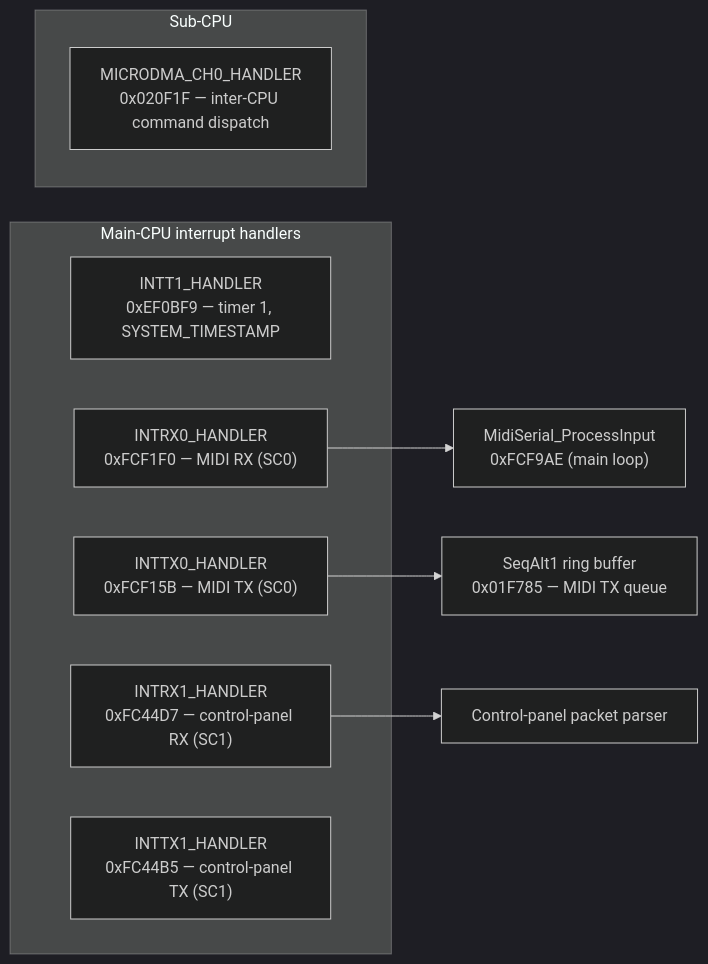
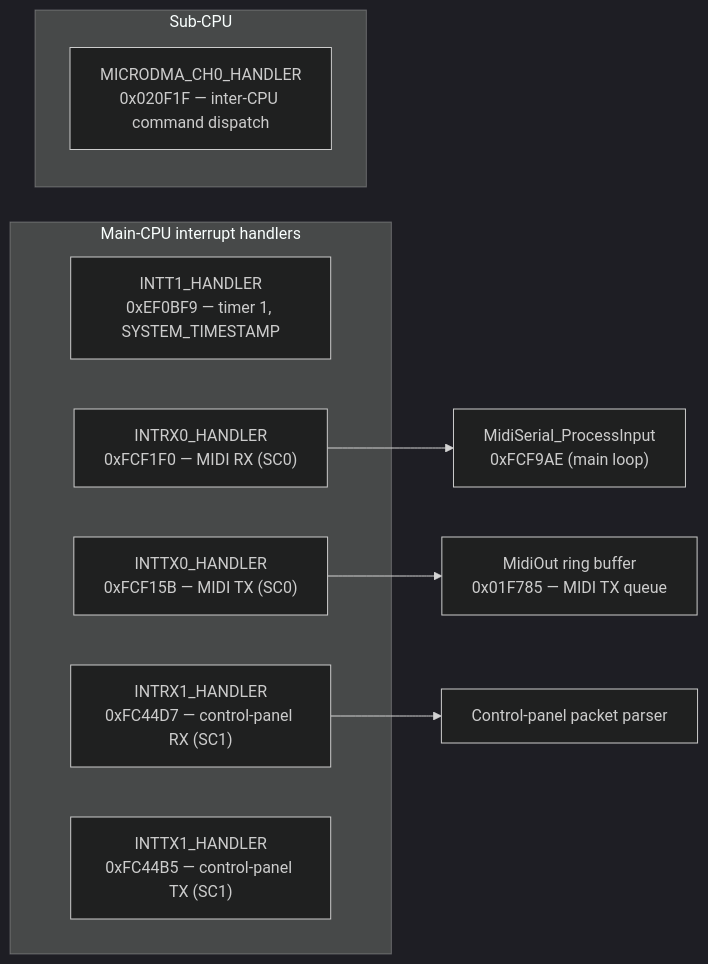
One commit to ArqueologiaDigital/technics-docs changed the fourth of 7 diagrams in firmware-flowchart.md. Above: the diagram before and after it, drawn with Mermaid (dark theme). The commit also changed other lines of this file and 5 other files, not shown here.

First line of the commit message:
Boot and sub-CPU pages: match boot flow and payload notes to sources

```diff
--- a/firmware-flowchart.md
+++ b/firmware-flowchart.md
@@ -136,18 +139,18 @@
 <pre class="mermaid">
 flowchart LR
     subgraph ISR ["Main-CPU interrupt handlers"]
         T1["INTT1_HANDLER<br/>0xEF0BF9 — timer 1, SYSTEM_TIMESTAMP"]
         RX0["INTRX0_HANDLER<br/>0xFCF1F0 — MIDI RX (SC0)"]
         TX0["INTTX0_HANDLER<br/>0xFCF15B — MIDI TX (SC0)"]
         RX1["INTRX1_HANDLER<br/>0xFC44D7 — control-panel RX (SC1)"]
         TX1["INTTX1_HANDLER<br/>0xFC44B5 — control-panel TX (SC1)"]
     end
 
     subgraph SUBISR ["Sub-CPU"]
         DMA["MICRODMA_CH0_HANDLER<br/>0x020F1F — inter-CPU command dispatch"]
     end
 
-    TX0 --> MIDIQ["SeqAlt1 ring buffer<br/>0x01F785 — MIDI TX queue"]
+    TX0 --> MIDIQ["MidiOut ring buffer<br/>0x01F785 — MIDI TX queue"]
     RX0 --> PARSER["MidiSerial_ProcessInput<br/>0xFCF9AE (main loop)"]
     RX1 --> CPPARSE["Control-panel packet parser"]
 </pre>
```
